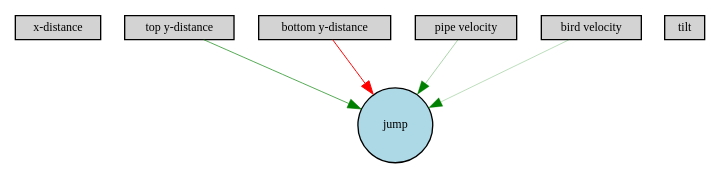
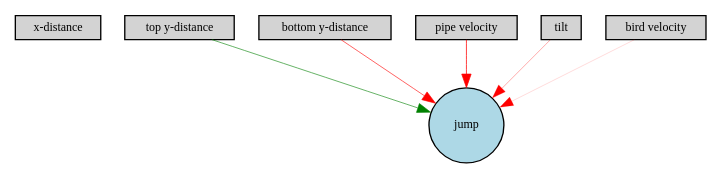
One commit to given-woo/Flappy-AI changed the diagram in Digraph.gv. Above: the diagram before and after it, drawn with Graphviz. The commit also changed 4 other files, not shown here.

```diff
--- a/Digraph.gv
+++ b/Digraph.gv
@@ -1,14 +1,15 @@
 digraph {
 	node [fontsize=9 height=0.2 shape=circle width=0.2]
 	"x-distance" [fillcolor=lightgray shape=box style=filled]
 	"top y-distance" [fillcolor=lightgray shape=box style=filled]
 	"bottom y-distance" [fillcolor=lightgray shape=box style=filled]
 	"pipe velocity" [fillcolor=lightgray shape=box style=filled]
 	tilt [fillcolor=lightgray shape=box style=filled]
 	"bird velocity" [fillcolor=lightgray shape=box style=filled]
 	jump [fillcolor=lightblue style=filled]
-	"top y-distance" -> jump [color=green penwidth=0.49905791983312264 style=solid]
-	"bottom y-distance" -> jump [color=red penwidth=0.7428502167854579 style=solid]
-	"pipe velocity" -> jump [color=green penwidth=0.25089081714110806 style=solid]
-	"bird velocity" -> jump [color=green penwidth=0.19592002531118582 style=solid]
+	"top y-distance" -> jump [color=green penwidth=0.4460039487604597 style=solid]
+	"bottom y-distance" -> jump [color=red penwidth=0.46303308537294097 style=solid]
+	"pipe velocity" -> jump [color=red penwidth=0.5697071979983722 style=solid]
+	tilt -> jump [color=red penwidth=0.24687000372008452 style=solid]
+	"bird velocity" -> jump [color=red penwidth=0.10816559715936347 style=solid]
 }
```
